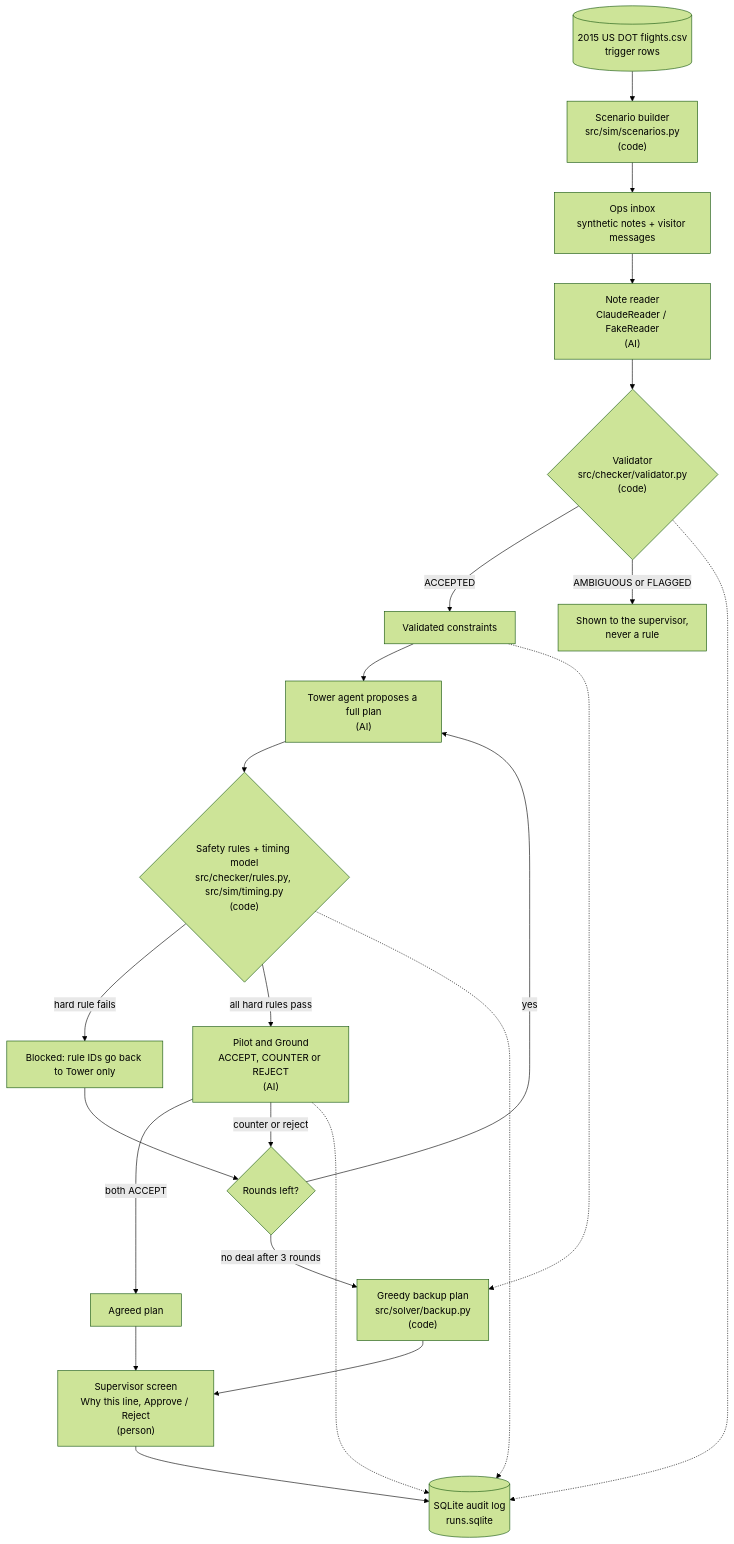
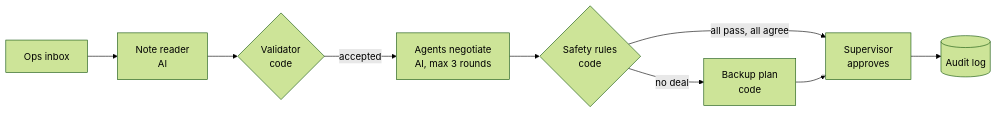
One commit to slyf0xx97/SkyQueue changed the first of 2 diagrams in README.md. Above: the diagram before and after it, drawn with Mermaid (forest theme). The commit also changed other lines of this file, not shown here.

Commit message:
Shorten the README pipeline diagram

````diff
--- a/README.md
+++ b/README.md
@@ -40,26 +40,9 @@
 ```mermaid
-flowchart TD
-    DOT[("2015 US DOT flights.csv<br/>trigger rows")] --> SCN["Scenario builder<br/>src/sim/scenarios.py<br/>(code)"]
-    SCN --> INBOX["Ops inbox<br/>synthetic notes + visitor messages"]
-    INBOX --> READER["Note reader<br/>ClaudeReader / FakeReader<br/>(AI)"]
-    READER --> VAL{"Validator<br/>src/checker/validator.py<br/>(code)"}
-    VAL -->|ACCEPTED| CONS["Validated constraints"]
-    VAL -->|AMBIGUOUS or FLAGGED| DROP["Shown to the supervisor,<br/>never a rule"]
-    CONS --> TOWER["Tower agent proposes a full plan<br/>(AI)"]
-    TOWER --> RULES{"Safety rules + timing model<br/>src/checker/rules.py, src/sim/timing.py<br/>(code)"}
-    RULES -->|hard rule fails| BLOCK["Blocked: rule IDs go back to Tower only"]
-    BLOCK --> NEXT{"Rounds left?"}
-    RULES -->|all hard rules pass| PG["Pilot and Ground<br/>ACCEPT, COUNTER or REJECT<br/>(AI)"]
-    PG -->|both ACCEPT| AGREED["Agreed plan"]
-    PG -->|counter or reject| NEXT
-    NEXT -->|yes| TOWER
-    NEXT -->|no deal after 3 rounds| BACKUP["Greedy backup plan<br/>src/solver/backup.py<br/>(code)"]
-    CONS -.-> BACKUP
-    AGREED --> SUP["Supervisor screen<br/>Why this line, Approve / Reject<br/>(person)"]
-    BACKUP --> SUP
-    SUP --> LOG[("SQLite audit log<br/>runs.sqlite")]
-
-    VAL -.-> LOG
-    RULES -.-> LOG
-    PG -.-> LOG
+flowchart LR
+    A["Ops inbox"] --> B["Note reader<br/>AI"] --> C{"Validator<br/>code"}
+    C -->|accepted| D["Agents negotiate<br/>AI, max 3 rounds"]
+    D --> E{"Safety rules<br/>code"}
+    E -->|all pass, all agree| F["Supervisor<br/>approves"]
+    E -->|no deal| G["Backup plan<br/>code"] --> F
+    F --> H[("Audit log")]
 ```
````
